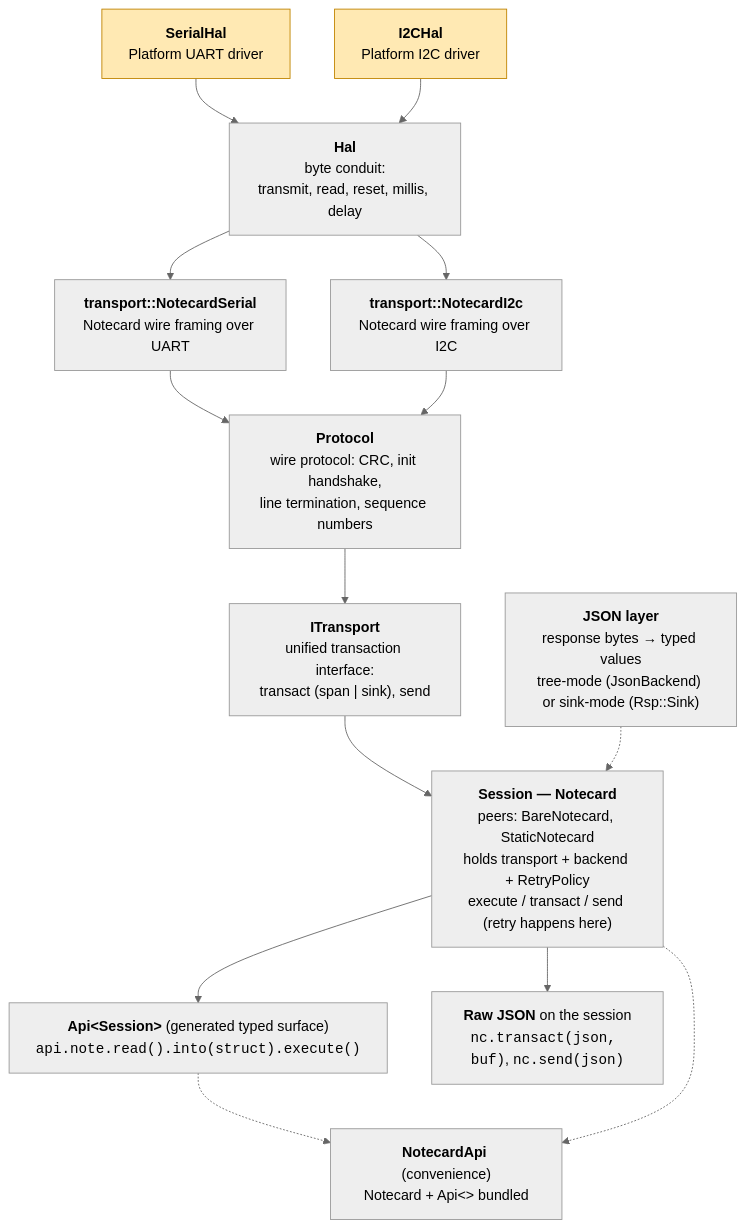
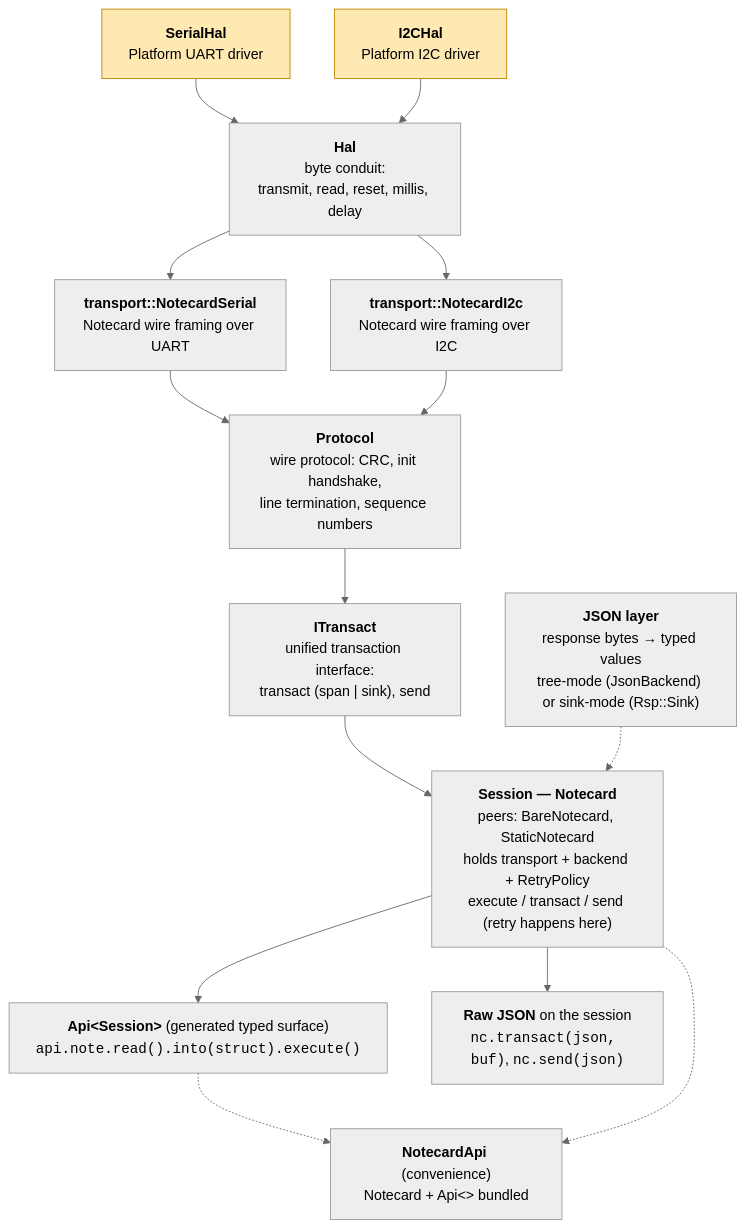
Before and after one commit to m-mcgowan/note-cpp: the diagram in docs/transport.md, drawn with Mermaid (neutral theme). The commit also changed other lines of this file and 40 other files, not shown here.

First line of the commit message:
refactor(transport): Rename ITransport → ITransact (Phase 5a step 8d)

````diff
--- a/docs/transport.md
+++ b/docs/transport.md
@@ -63,32 +63,32 @@
 ```mermaid
 flowchart TD
     Hal["<b>Hal</b><br/>byte conduit:<br/>transmit, read, reset, millis, delay"]
     NCSer["<b>transport::NotecardSerial</b><br/>Notecard wire framing over UART"]
     NCI2C["<b>transport::NotecardI2c</b><br/>Notecard wire framing over I2C"]
     Proto["<b>Protocol</b><br/>wire protocol: CRC, init handshake,<br/>line termination, sequence numbers"]
-    ITrans["<b>ITransport</b><br/>unified transaction interface:<br/>transact (span | sink), send"]
+    ITrans["<b>ITransact</b><br/>unified transaction interface:<br/>transact (span | sink), send"]
     JsonLayer["<b>JSON layer</b><br/>response bytes → typed values<br/>tree-mode (JsonBackend) or sink-mode (Rsp::Sink)"]
     Session["<b>Session — Notecard</b><br/>peers: BareNotecard, StaticNotecard<br/>holds transport + backend + RetryPolicy<br/>execute / transact / send (retry happens here)"]
     Api["<b>Api&lt;Session&gt;</b> (generated typed surface)<br/><code>api.note.read().into(struct).execute()</code>"]
     Raw["<b>Raw JSON</b> on the session<br/><code>nc.transact(json, buf)</code>, <code>nc.send(json)</code>"]
     Bundle["<b>NotecardApi</b> (convenience)<br/>Notecard + Api&lt;&gt; bundled"]
 
     SerialDriver["<b>SerialHal</b><br/>Platform UART driver"]
     I2CDriver["<b>I2CHal</b><br/>Platform I2C driver"]
 
     SerialDriver --> Hal
     I2CDriver --> Hal
     Hal --> NCSer & NCI2C
     NCSer --> Proto
     NCI2C --> Proto
     Proto --> ITrans
     ITrans --> Session
     JsonLayer -.-> Session
     Session --> Raw
     Session --> Api
     Api -.-> Bundle
     Session -.-> Bundle
 
     classDef user fill:#ffe9b3,stroke:#c08400,color:#000
     class SerialDriver,I2CDriver user
 ```
````
